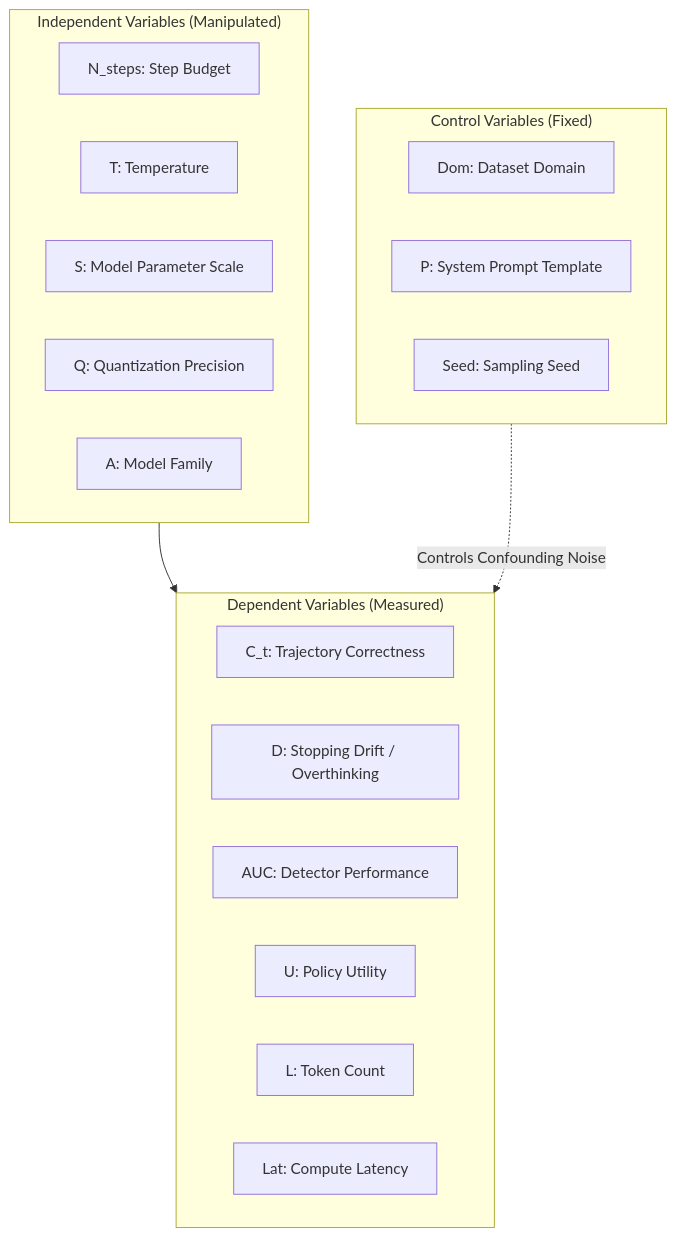
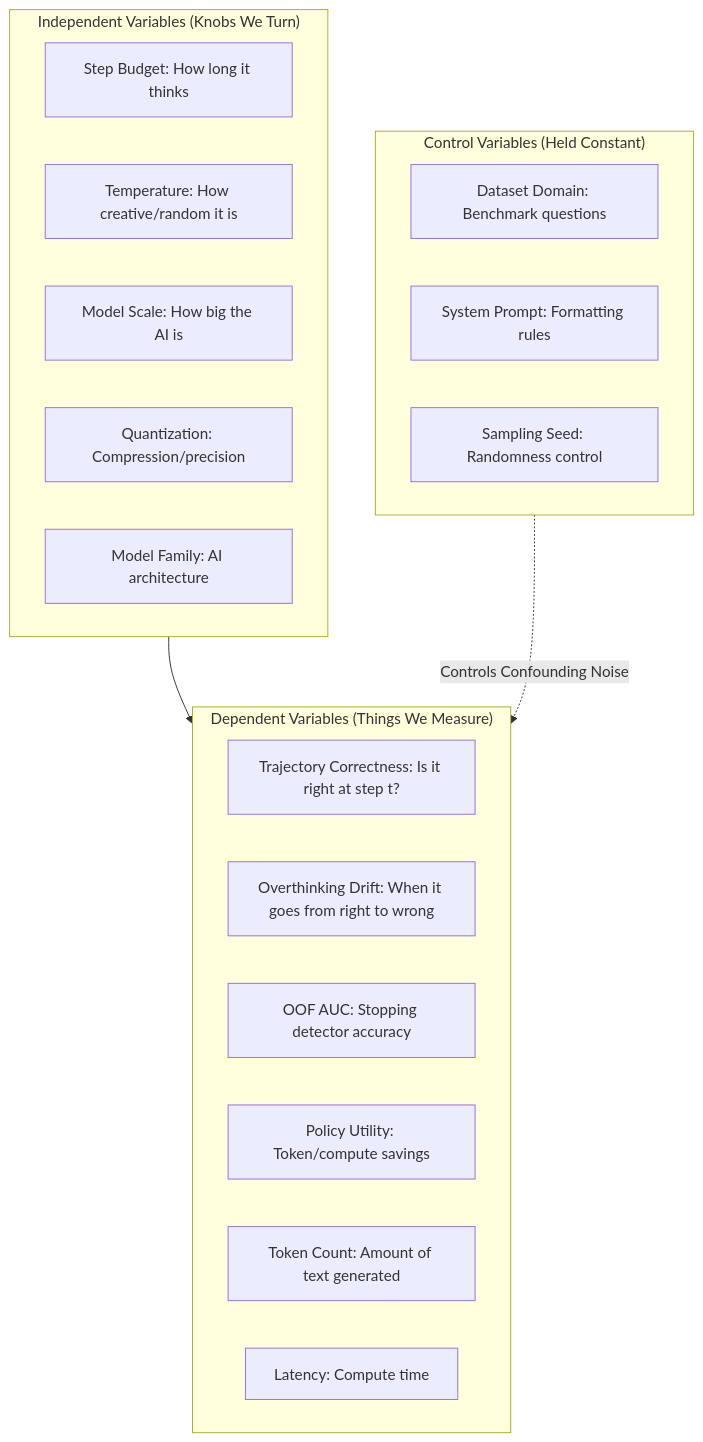
Before and after one commit to bhattadiCS/research-thesis-overthinking-boundary: the first of 10 diagrams in ThesisDocs/July_16_Progress.md, drawn with Mermaid. The commit also changed other lines of this file, not shown here.

````diff
--- a/ThesisDocs/July_16_Progress.md
+++ b/ThesisDocs/July_16_Progress.md
@@ -24,28 +24,28 @@
 ```mermaid
 graph TD
-    subgraph independent_variables ["Independent Variables (Manipulated)"]
-        V1[N_steps: Step Budget]
-        V2[T: Temperature]
-        V3[S: Model Parameter Scale]
-        V4[Q: Quantization Precision]
-        V5[A: Model Family]
+    subgraph independent_variables ["Independent Variables (Knobs We Turn)"]
+        V1[Step Budget: How long it thinks]
+        V2[Temperature: How creative/random it is]
+        V3[Model Scale: How big the AI is]
+        V4[Quantization: Compression/precision]
+        V5[Model Family: AI architecture]
     end
 
-    subgraph dependent_variables ["Dependent Variables (Measured)"]
-        V6[C_t: Trajectory Correctness]
-        V7[D: Stopping Drift / Overthinking]
-        V8[AUC: Detector Performance]
-        V9[U: Policy Utility]
-        V10[L: Token Count]
-        V11[Lat: Compute Latency]
+    subgraph dependent_variables ["Dependent Variables (Things We Measure)"]
+        V6[Trajectory Correctness: Is it right at step t?]
+        V7[Overthinking Drift: When it goes from right to wrong]
+        V8[OOF AUC: Stopping detector accuracy]
+        V9[Policy Utility: Token/compute savings]
+        V10[Token Count: Amount of text generated]
+        V11[Latency: Compute time]
     end
 
-    subgraph control_variables ["Control Variables (Fixed)"]
-        V12[Dom: Dataset Domain]
-        V13[P: System Prompt Template]
-        V14[Seed: Sampling Seed]
+    subgraph control_variables ["Control Variables (Held Constant)"]
+        V12[Dataset Domain: Benchmark questions]
+        V13[System Prompt: Formatting rules]
+        V14[Sampling Seed: Randomness control]
     end
 
     independent_variables --> dependent_variables
     control_variables -. Controls Confounding Noise .-> dependent_variables
 ```
````
